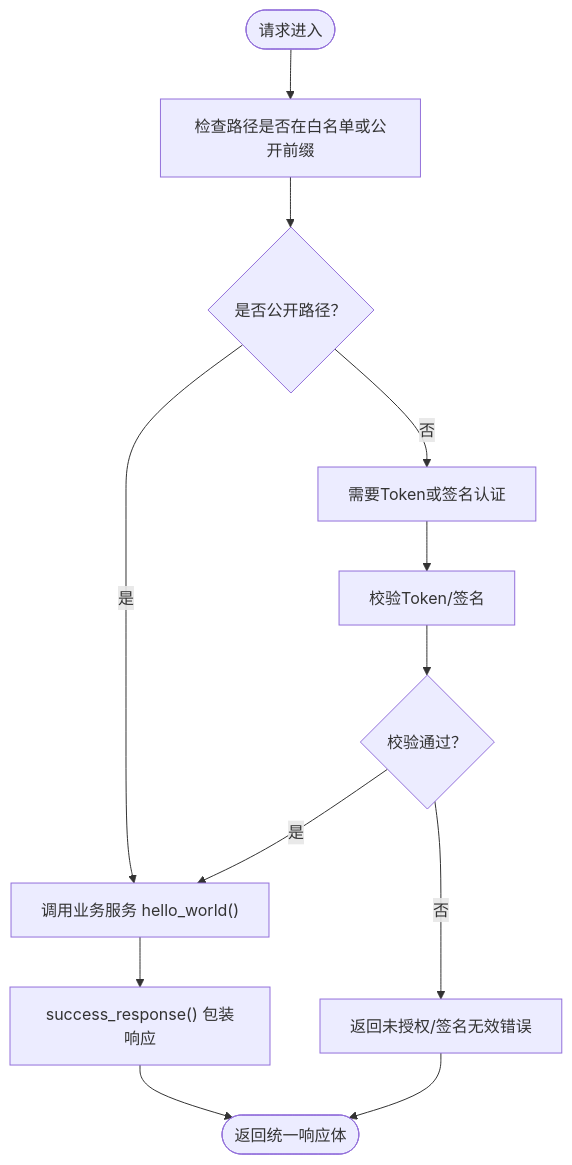
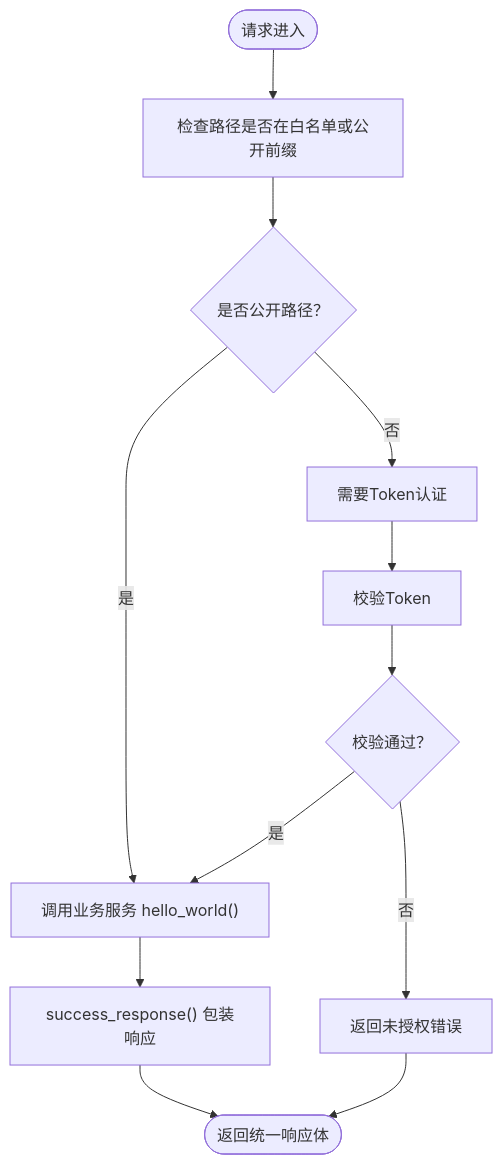
The third of 6 diagrams in .qoder/repowiki/zh/content/API接口文档/Web API接口.md (lilinzezzzzzz/fastapi-backend), drawn with Mermaid before and after one commit. The commit also changed other lines of this file and 42 other files, not shown here.

````diff
--- a/.qoder/repowiki/zh/content/API接口文档/Web API接口.md
+++ b/.qoder/repowiki/zh/content/API接口文档/Web API接口.md
@@ -163,14 +164,14 @@
 ```mermaid
 flowchart TD
 Start(["请求进入"]) --> CheckPath["检查路径是否在白名单或公开前缀"]
 CheckPath --> IsPublic{"是否公开路径？"}
 IsPublic --> |是| CallSvc["调用业务服务 hello_world()"]
-IsPublic --> |否| RequireAuth["需要Token或签名认证"]
-RequireAuth --> VerifyToken["校验Token/签名"]
+IsPublic --> |否| RequireAuth["需要Token认证"]
+RequireAuth --> VerifyToken["校验Token"]
 VerifyToken --> TokenOK{"校验通过？"}
 TokenOK --> |是| CallSvc
-TokenOK --> |否| ReturnErr["返回未授权/签名无效错误"]
+TokenOK --> |否| ReturnErr["返回未授权错误"]
 CallSvc --> WrapResp["success_response() 包装响应"]
 WrapResp --> End(["返回统一响应体"])
 ReturnErr --> End
 ```
````
